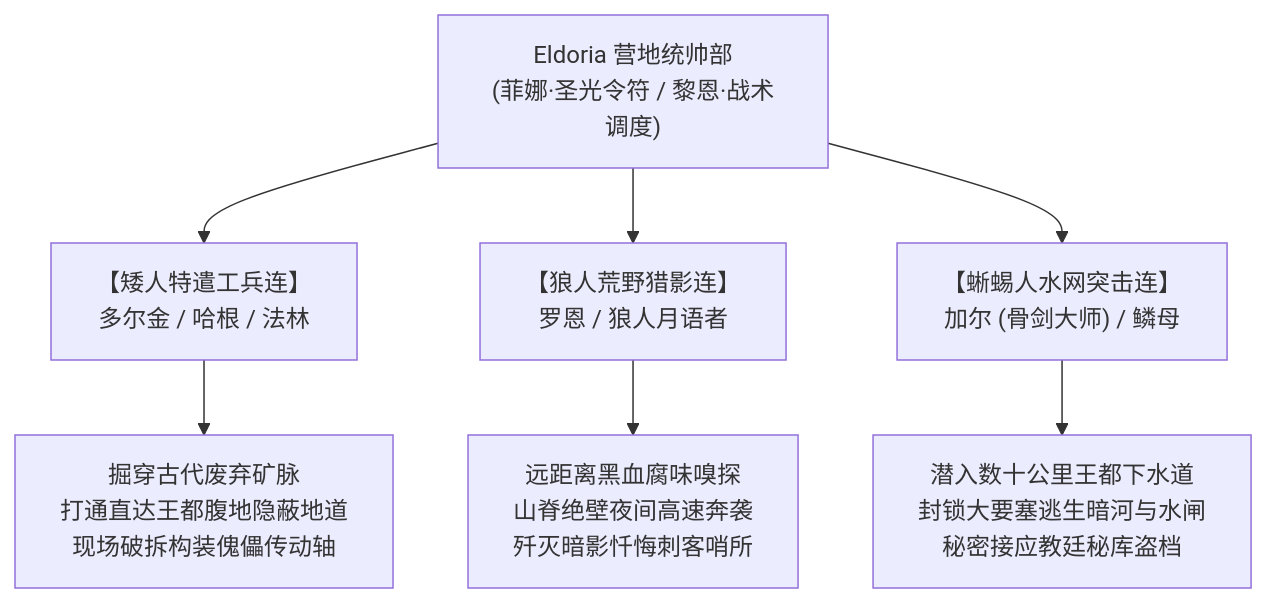
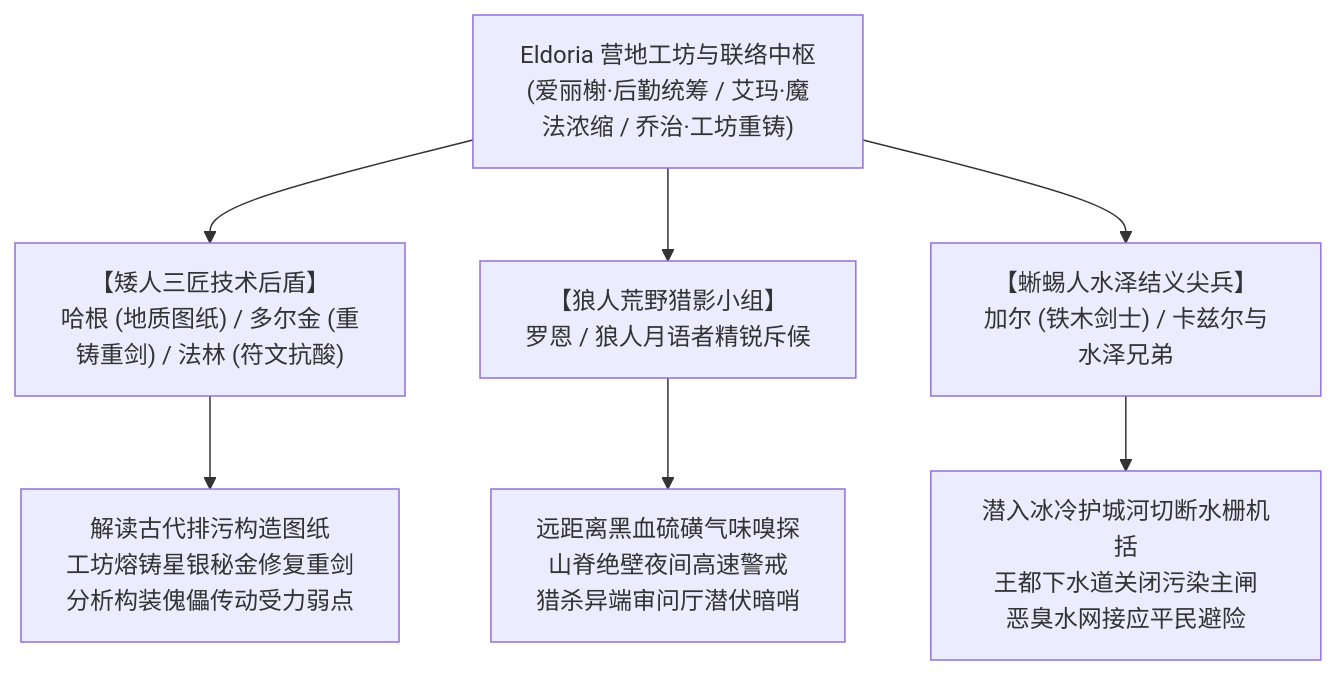
The diagram in 方案/第二部/主线与世界扩充方案/05_营地五族跨境联动与特遣支援方案.md (soranokiseki1437/eldoria-worldbook), drawn with Mermaid before and after one commit. The commit also changed other lines of this file and 2 other files, not shown here.

````diff
--- a/方案/第二部/主线与世界扩充方案/05_营地五族跨境联动与特遣支援方案.md
+++ b/方案/第二部/主线与世界扩充方案/05_营地五族跨境联动与特遣支援方案.md
@@ -25,12 +24,12 @@
 ```mermaid
 graph TD
-    Camp["Eldoria 营地统帅部<br/>(菲娜·圣光令符 / 黎恩·战术调度)"]
+    Camp["Eldoria 营地工坊与联络中枢<br/>(爱丽榭·后勤统筹 / 艾玛·魔法浓缩 / 乔治·工坊重铸)"]
     
-    Camp --> Dwarf["【矮人特遣工兵连】<br/>多尔金 / 哈根 / 法林"]
-    Camp --> Wolf["【狼人荒野猎影连】<br/>罗恩 / 狼人月语者"]
-    Camp --> Lizard["【蜥蜴人水网突击连】<br/>加尔 (骨剑大师) / 鳞母"]
+    Camp --> Dwarf["【矮人三匠技术后盾】<br/>哈根 (地质图纸) / 多尔金 (重铸重剑) / 法林 (符文抗酸)"]
+    Camp --> Wolf["【狼人荒野猎影小组】<br/>罗恩 / 狼人月语者精锐斥候"]
+    Camp --> Lizard["【蜥蜴人水泽结义尖兵】<br/>加尔 (铁木剑士) / 卡兹尔与水泽兄弟"]
 
-    Dwarf --> D_Act["掘穿古代废弃矿脉<br/>打通直达王都腹地隐蔽地道<br/>现场破拆构装傀儡传动轴"]
-    Wolf --> W_Act["远距离黑血腐味嗅探<br/>山脊绝壁夜间高速奔袭<br/>歼灭暗影忏悔刺客哨所"]
-    Lizard --> L_Act["潜入数十公里王都下水道<br/>封锁大要塞逃生暗河与水闸<br/>秘密接应教廷秘库盗档"]
+    Dwarf --> D_Act["解读古代排污构造图纸<br/>工坊熔铸星银秘金修复重剑<br/>分析构装傀儡传动受力弱点"]
+    Wolf --> W_Act["远距离黑血硫磺气味嗅探<br/>山脊绝壁夜间高速警戒<br/>猎杀异端审问厅潜伏暗哨"]
+    Lizard --> L_Act["潜入冰冷护城河切断水栅机括<br/>王都下水道关闭污染主闸<br/>恶臭水网接应平民避险"]
 ```
````
